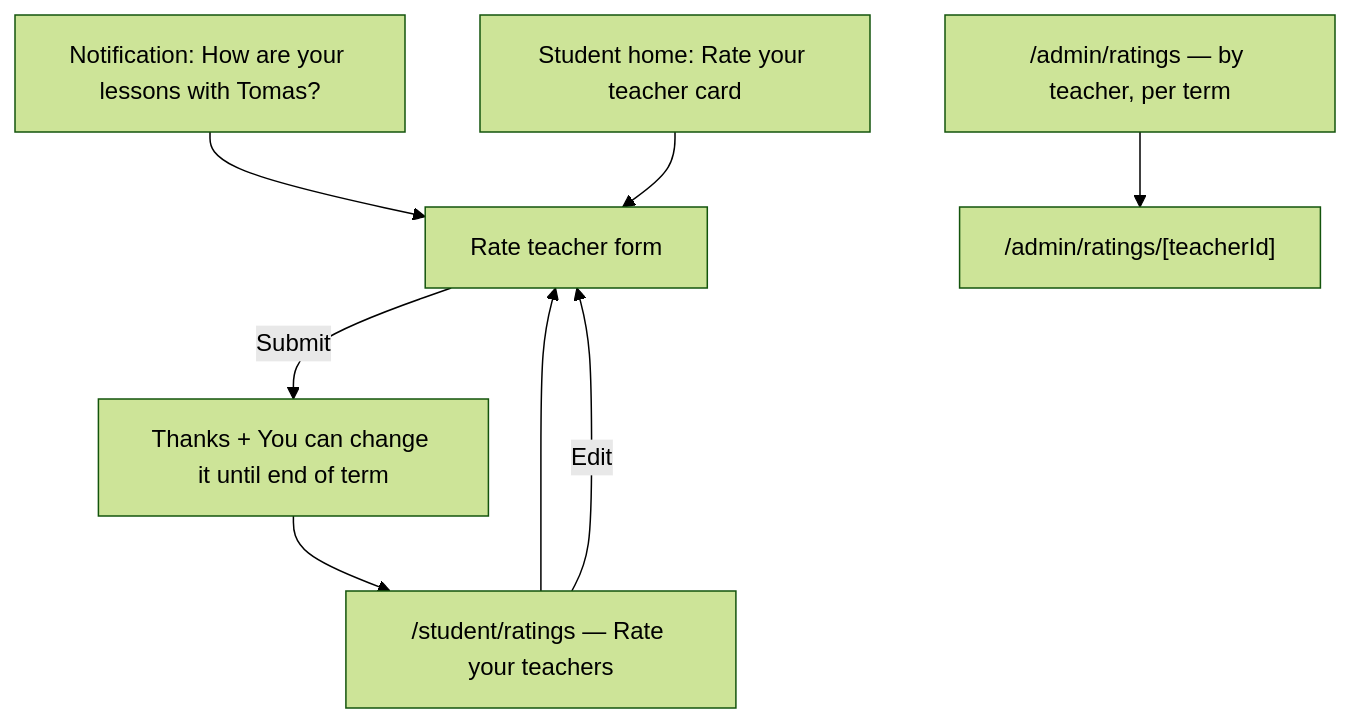
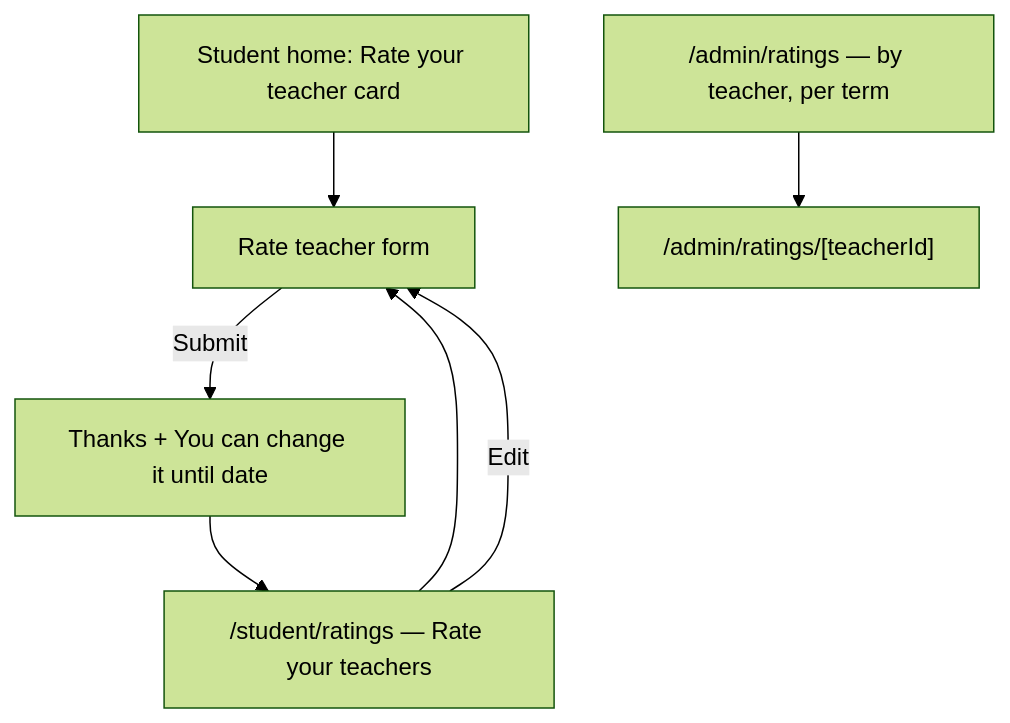
Before and after one commit to NoncommissionedRush/schoolmanager: the second of 3 diagrams in docs/design/notifications-substitutes.md, drawn with Mermaid (forest theme). The commit also changed other lines of this file and 1 other file, not shown here.

````diff
--- a/docs/design/notifications-substitutes.md
+++ b/docs/design/notifications-substitutes.md
@@ -499,10 +549,9 @@
 ```mermaid
 flowchart TD
-  NT[Notification: How are your lessons with Tomas?] --> RF[Rate teacher form]
-  HC[Student home: Rate your teacher card] --> RF
+  HC[Student home: Rate your teacher card] --> RF[Rate teacher form]
   RL["/student/ratings — Rate your teachers"] --> RF
-  RF -->|Submit| TY[Thanks + You can change it until end of term]
+  RF -->|Submit| TY[Thanks + You can change it until date]
   TY --> RL
   RL -->|Edit| RF
   AR["/admin/ratings — by teacher, per term"] --> AD["/admin/ratings/[teacherId]"]
 ```
````
